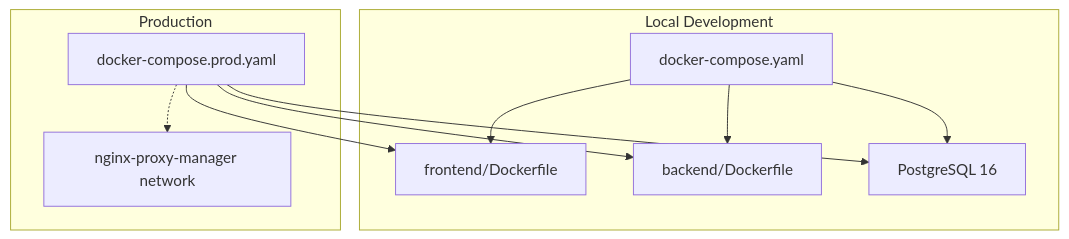
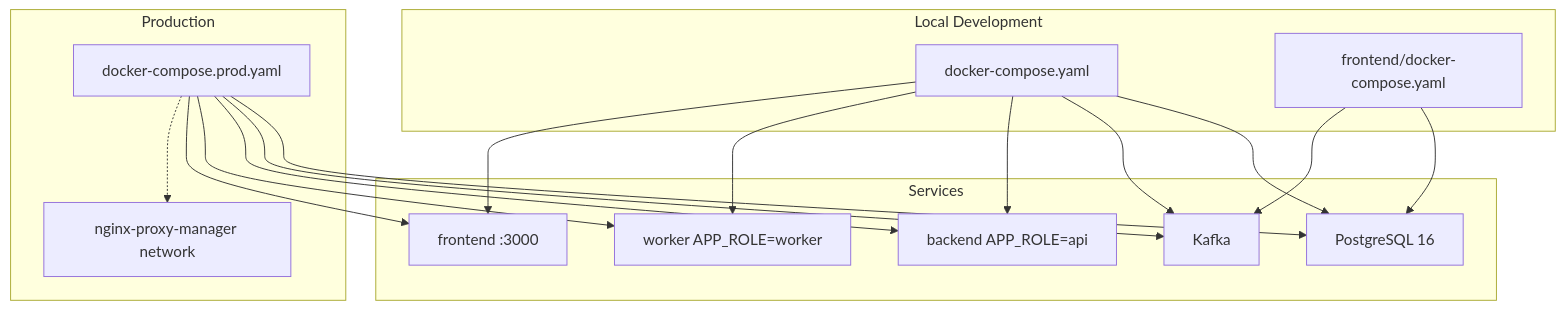
The first of 7 diagrams in src/data/docs/talentsync/Deployment & DevOps.md (tashifkhan/tashif.codes), drawn with Mermaid before and after one commit. The commit also changed other lines of this file and 2128 other files, not shown here.

First line of the commit message:
docs: replace raster diagram images with native Mermaid across project guides

````diff
--- a/src/data/docs/talentsync/Deployment & DevOps.md
+++ b/src/data/docs/talentsync/Deployment & DevOps.md
@@ -14,20 +14,31 @@
 ```mermaid
 graph TB
 subgraph "Local Development"
 DC["docker-compose.yaml"]
-FE["frontend/Dockerfile"]
-BE["backend/Dockerfile"]
-DB["PostgreSQL 16"]
+HOST["frontend/docker-compose.yaml"]
 end
 subgraph "Production"
 DCP["docker-compose.prod.yaml"]
 NPM["nginx-proxy-manager network"]
 end
+subgraph "Services"
+DB["PostgreSQL 16"]
+K["Kafka"]
+BE["backend APP_ROLE=api"]
+W["worker APP_ROLE=worker"]
+FE["frontend :3000"]
+end
+DC --> DB
+DC --> K
+DC --> BE
+DC --> W
 DC --> FE
-DC --> BE
-DC --> DB
+HOST --> DB
+HOST --> K
+DCP --> DB
+DCP --> K
+DCP --> BE
+DCP --> W
 DCP --> FE
-DCP --> BE
-DCP --> DB
 DCP -.-> NPM
 ```
````
